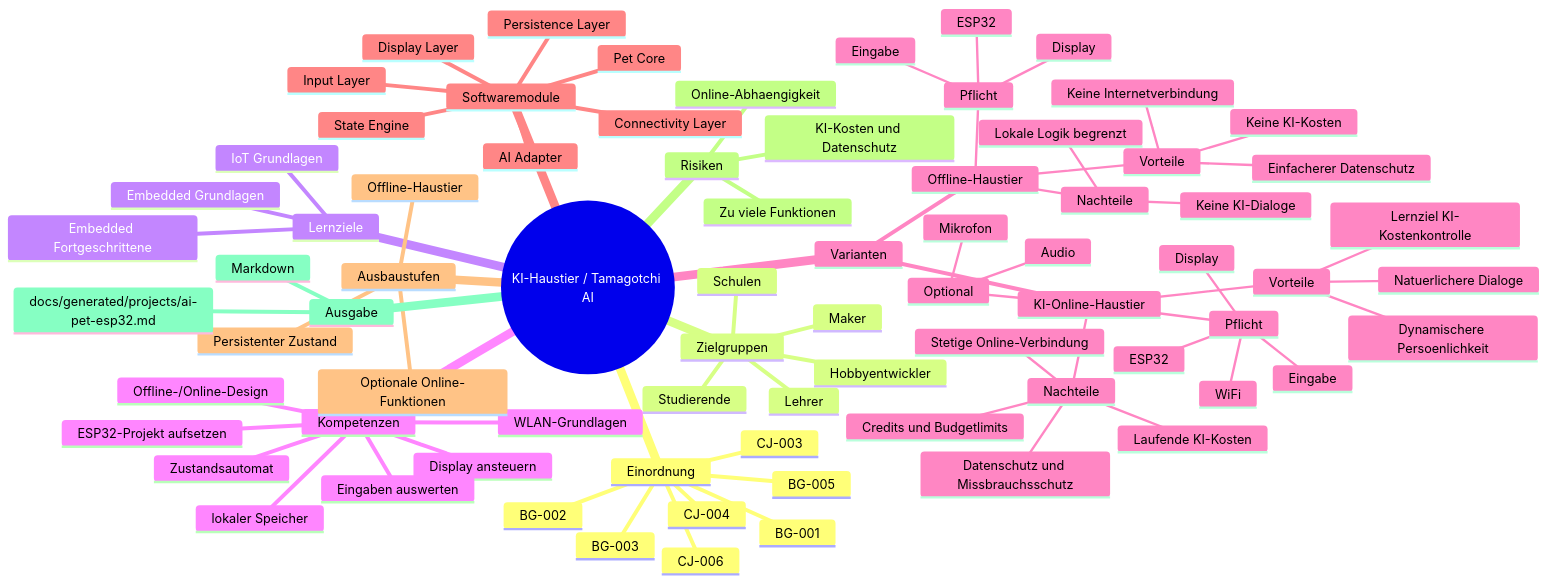
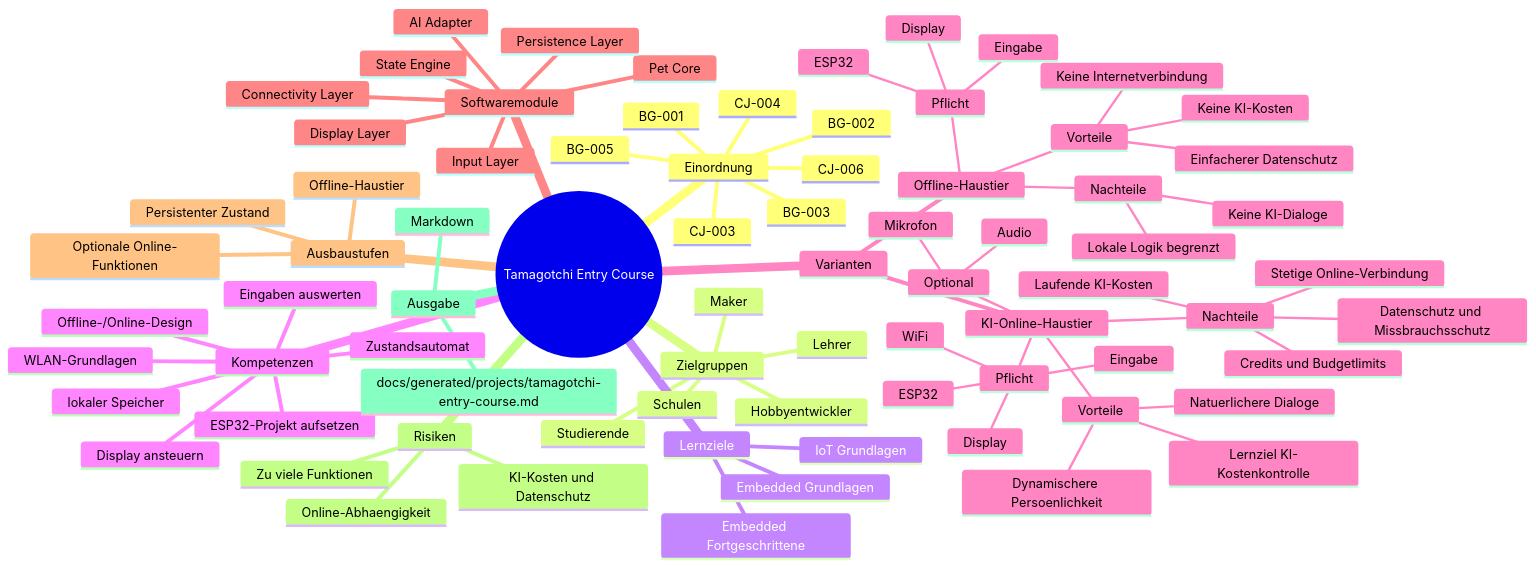
Before and after one commit to svenjohanson-web/GerNetiX: the diagram in docs/generated/mindmaps/ai-pet-esp32.md, drawn with Mermaid. The commit also changed other lines of this file and 174 other files, not shown here.

````diff
--- a/docs/generated/mindmaps/ai-pet-esp32.md
+++ b/docs/generated/mindmaps/ai-pet-esp32.md
@@ -7,80 +7,80 @@
 ```mermaid
 mindmap
-  root((KI-Haustier / Tamagotchi AI))
+  root((Tamagotchi Entry Course))
     Einordnung
       BG-001
       BG-002
       BG-003
       BG-005
       CJ-003
       CJ-004
       CJ-006
     Zielgruppen
       Maker
       Hobbyentwickler
       Studierende
       Lehrer
       Schulen
     Lernziele
       Embedded Grundlagen
       IoT Grundlagen
       Embedded Fortgeschrittene
     Kompetenzen
       ESP32-Projekt aufsetzen
       Display ansteuern
       Eingaben auswerten
       Zustandsautomat
       lokaler Speicher
       WLAN-Grundlagen
       Offline-/Online-Design
     Varianten
       Offline-Haustier
         Pflicht
           ESP32
           Display
           Eingabe
         Vorteile
           Keine Internetverbindung
           Keine KI-Kosten
           Einfacherer Datenschutz
         Nachteile
           Keine KI-Dialoge
           Lokale Logik begrenzt
       KI-Online-Haustier
         Pflicht
           ESP32
           Display
           Eingabe
           WiFi
         Optional
           Audio
           Mikrofon
         Vorteile
           Natuerlichere Dialoge
           Dynamischere Persoenlichkeit
           Lernziel KI-Kostenkontrolle
         Nachteile
           Stetige Online-Verbindung
           Laufende KI-Kosten
           Credits und Budgetlimits
           Datenschutz und Missbrauchsschutz
     Softwaremodule
       Pet Core
       State Engine
       Display Layer
       Input Layer
       Persistence Layer
       Connectivity Layer
       AI Adapter
     Ausbaustufen
       Offline-Haustier
       Persistenter Zustand
       Optionale Online-Funktionen
     Risiken
       Zu viele Funktionen
       Online-Abhaengigkeit
       KI-Kosten und Datenschutz
     Ausgabe
       Markdown
-      docs/generated/projects/ai-pet-esp32.md
+      docs/generated/projects/tamagotchi-entry-course.md
 ```
````
